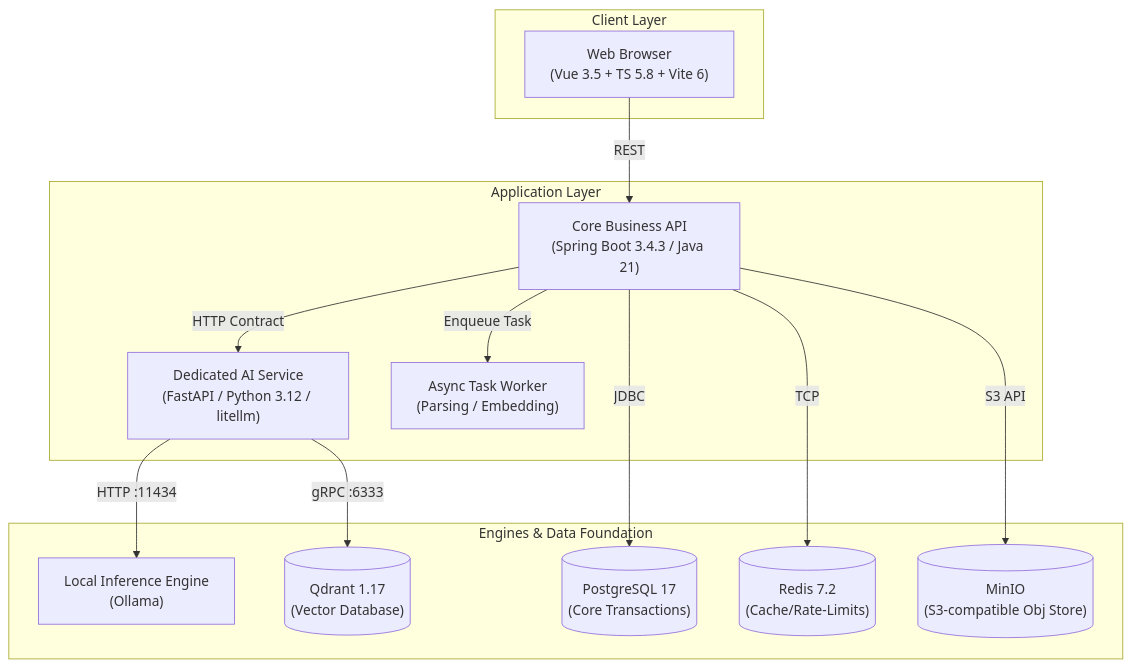
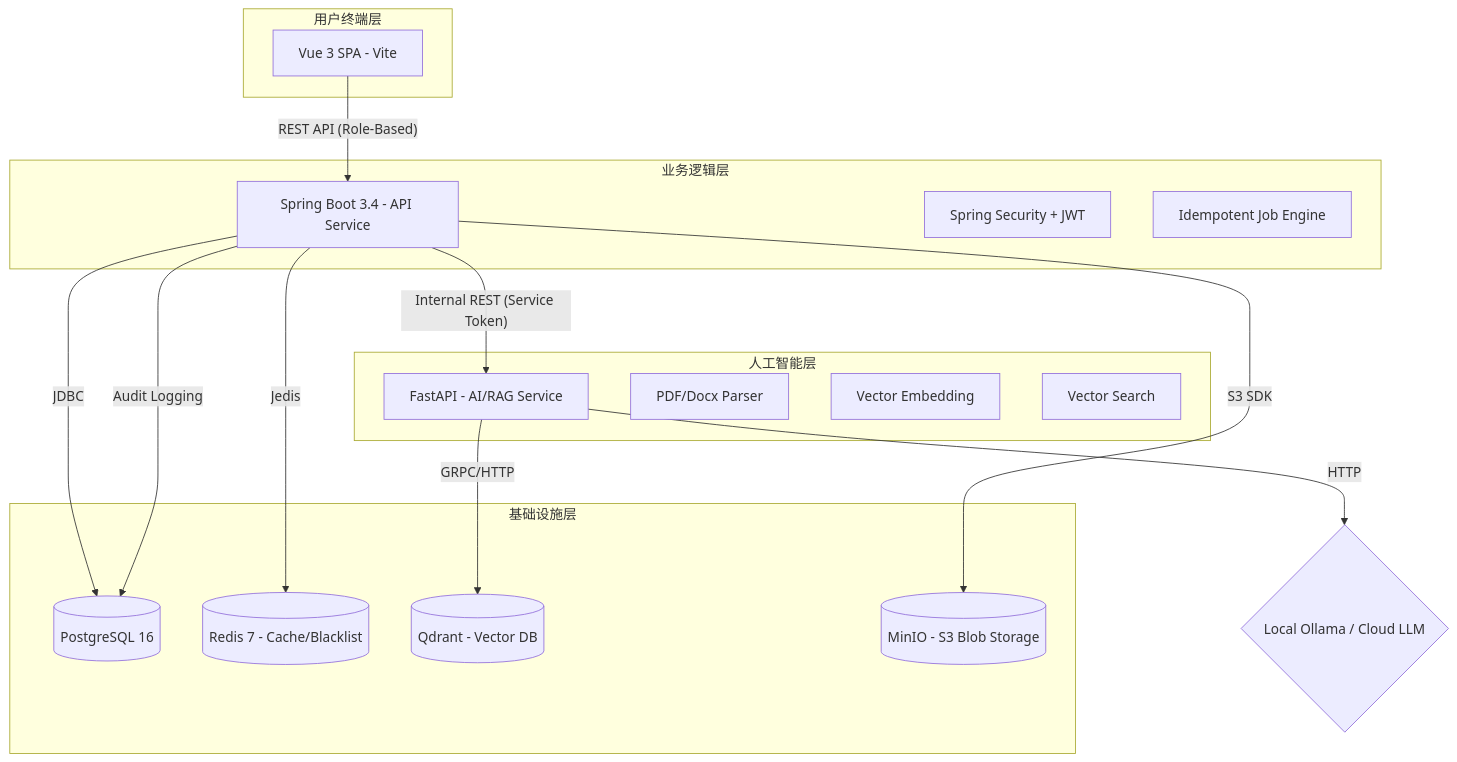
The diagram in README.md (hicancan/edunexus-ai), drawn with Mermaid before and after one commit. The commit also changed other lines of this file and 8 other files, not shown here.

````diff
--- a/README.md
+++ b/README.md
@@ -163,29 +42,38 @@
 ```mermaid
 graph TB
-    subgraph Client Layer
-        Browser["Web Browser\n(Vue 3.5 + TS 5.8 + Vite 6)"]
+    subgraph Client [用户终端层]
+        Web[Vue 3 SPA - Vite]
     end
 
-    subgraph Application Layer
-        API["Core Business API\n(Spring Boot 3.4.3 / Java 21)"]
-        AI["Dedicated AI Service\n(FastAPI / Python 3.12 / litellm)"]
-        Worker["Async Task Worker\n(Parsing / Embedding)"]
+    subgraph Business [业务逻辑层]
+        API[Spring Boot 3.4 - API Service]
+        Auth[Spring Security + JWT]
+        Job[Idempotent Job Engine]
     end
 
-    subgraph Engines & Data Foundation
-        Ollama["Local Inference Engine\n(Ollama)"]
-        PG[("PostgreSQL 17\n(Core Transactions)")]
-        Redis[("Redis 7.2\n(Cache/Rate-Limits)")]
-        Qdrant[("Qdrant 1.17\n(Vector Database)")]
-        MinIO[("MinIO\n(S3-compatible Obj Store)")]
+    subgraph AI [人工智能层]
+        AIS[FastAPI - AI/RAG Service]
+        Parse[PDF/Docx Parser]
+        Embed[Vector Embedding]
+        Search[Vector Search]
     end
 
-    Browser -->|REST| API
-    API -->|HTTP Contract| AI
-    API -->|Enqueue Task| Worker
-    AI -->|HTTP :11434| Ollama
-    AI -->|gRPC :6333| Qdrant
-    API -->|JDBC| PG
-    API -->|TCP| Redis
-    API -->|S3 API| MinIO
+    subgraph Infra [基础设施层]
+        DB[(PostgreSQL 16)]
+        Redis[(Redis 7 - Cache/Blacklist)]
+        Qdrant[(Qdrant - Vector DB)]
+        MinIO[(MinIO - S3 Blob Storage)]
+    end
+
+    %% Communication Flow
+    Web -- "REST API (Role-Based)" --> API
+    API -- "Internal REST (Service Token)" --> AIS
+    API -- "JDBC" --> DB
+    API -- "Jedis" --> Redis
+    API -- "S3 SDK" --> MinIO
+    AIS -- "HTTP" --> LLM{Local Ollama / Cloud LLM}
+    AIS -- "GRPC/HTTP" --> Qdrant
+
+    %% Shared logic
+    API -- "Audit Logging" --> DB
 ```
````
